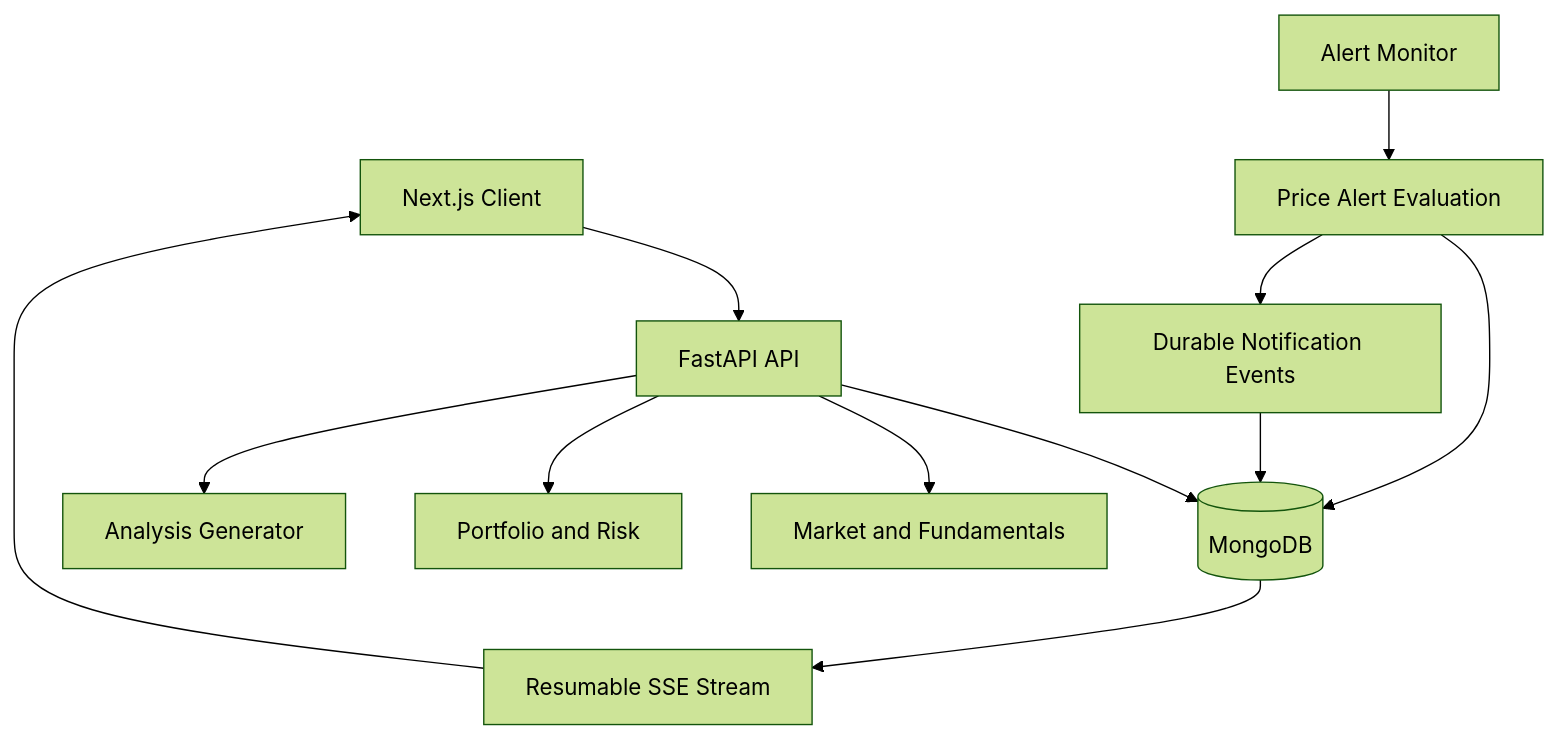
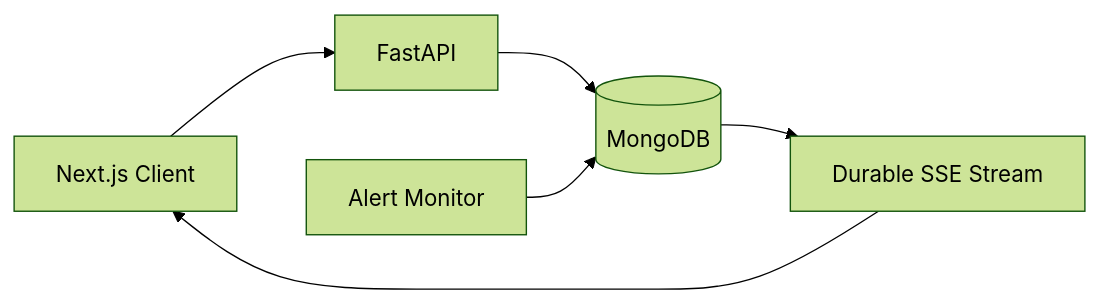
The diagram in README.md (sanjanapatel123/marketpulse-ai), drawn with Mermaid (forest theme) before and after one commit. The commit also changed other lines of this file, not shown here.

````diff
--- a/README.md
+++ b/README.md
@@ -98,17 +40,8 @@
 ```mermaid
-flowchart TD
-    UI["Next.js Client"] --> API["FastAPI API"]
+flowchart LR
+    UI["Next.js Client"] --> API["FastAPI"]
     API --> DB[("MongoDB")]
-
-    API --> MARKET["Market and Fundamentals"]
-    API --> PORTFOLIO["Portfolio and Risk"]
-    API --> ANALYSIS["Analysis Generator"]
-
-    WORKER["Alert Monitor"] --> ALERTS["Price Alert Evaluation"]
-    ALERTS --> DB
-    ALERTS --> EVENTS["Durable Notification Events"]
-    EVENTS --> DB
-
-    DB --> SSE["Resumable SSE Stream"]
+    WORKER["Alert Monitor"] --> DB
+    DB --> SSE["Durable SSE Stream"]
     SSE --> UI
 ```
````
